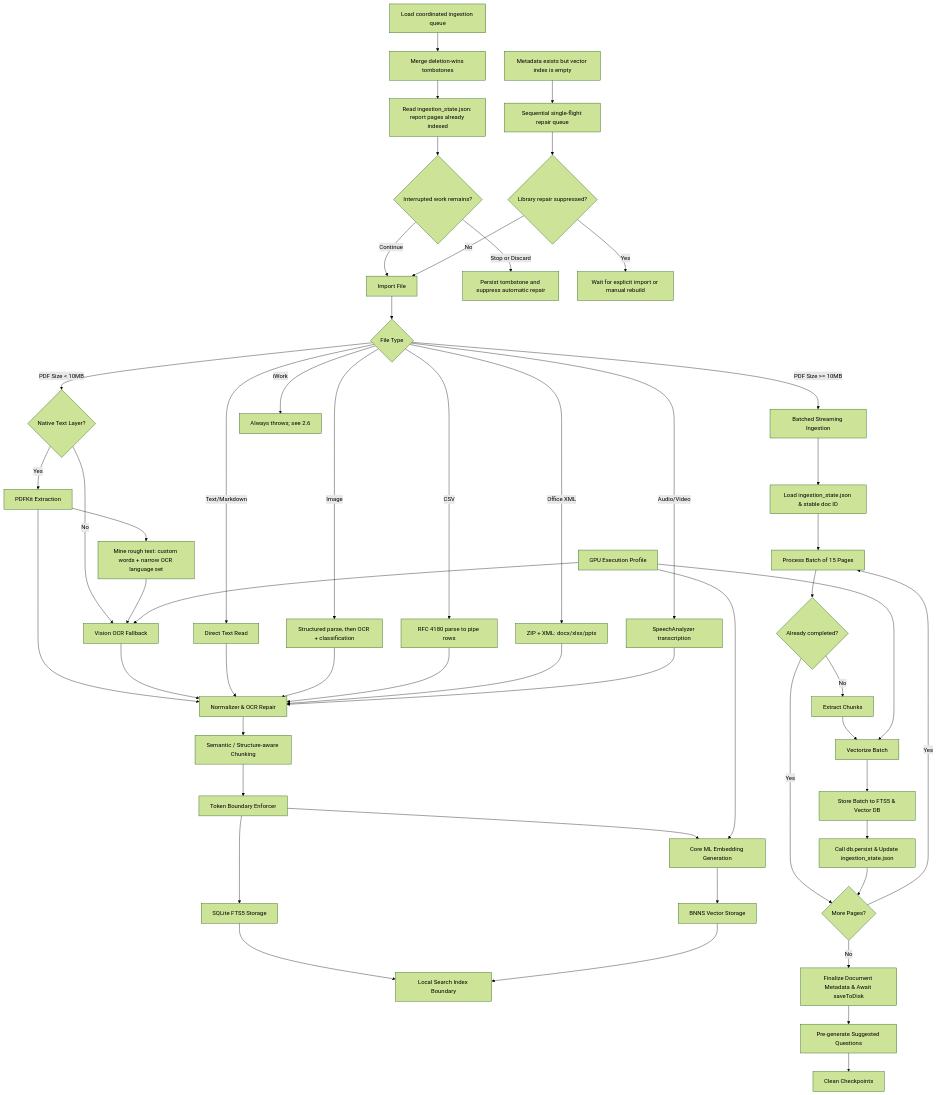
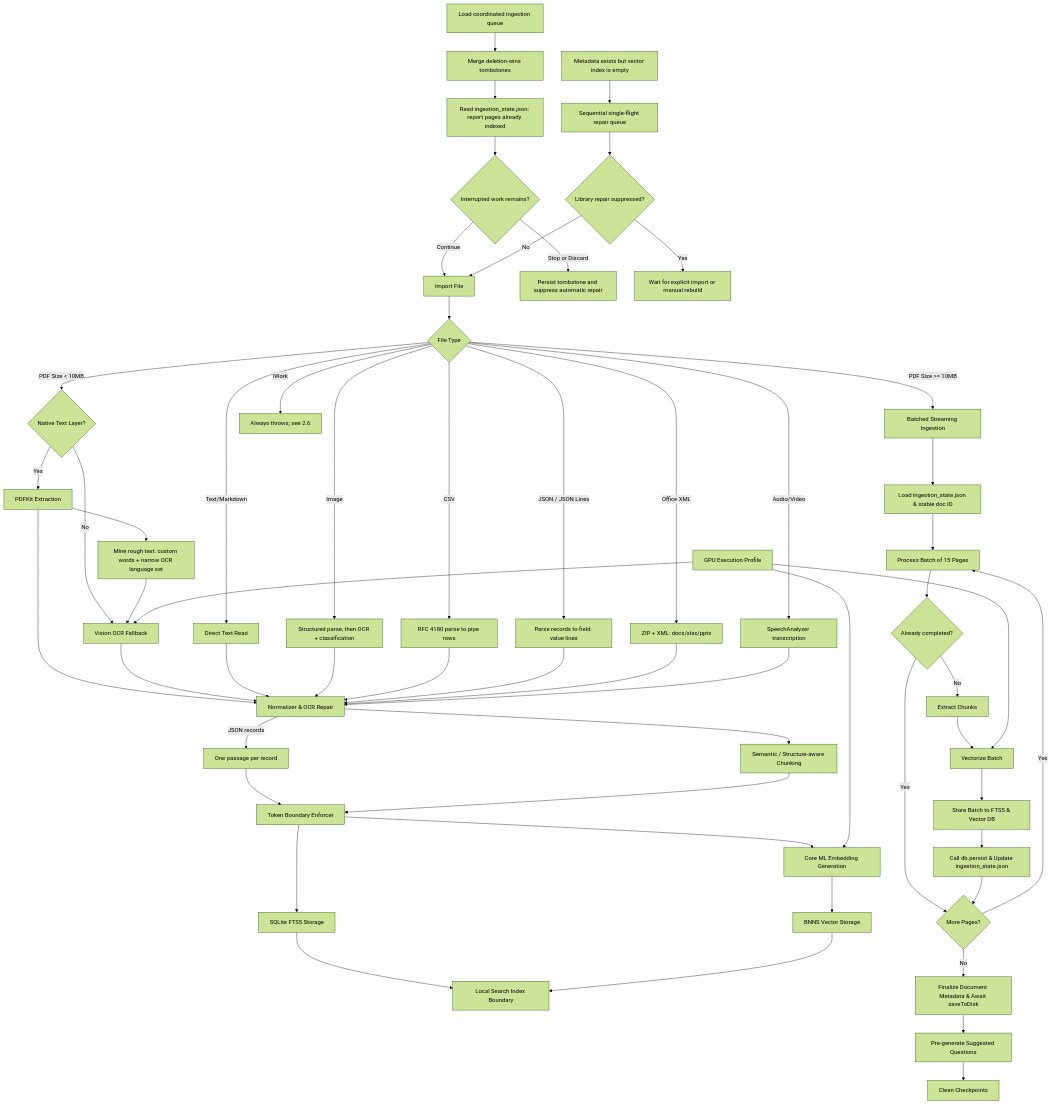
One commit to Gunnarguy/OpenIntelligence changed the diagram in Docs/INGESTION_PIPELINE.md. Above: the diagram before and after it, drawn with Mermaid (forest theme). The commit also changed other lines of this file and 80 other files, not shown here.

````diff
--- a/Docs/INGESTION_PIPELINE.md
+++ b/Docs/INGESTION_PIPELINE.md
@@ -17,56 +17,60 @@
 ```mermaid
 flowchart TD
     QLOAD[Load coordinated ingestion queue] --> QMERGE[Merge deletion-wins tombstones]
     QMERGE --> QRESTORE[Read ingestion_state.json: report pages already indexed]
     QRESTORE --> QDECIDE{Interrupted work remains?}
     QDECIDE -- Continue --> A
     QDECIDE -- Stop or Discard --> QTOMB[Persist tombstone and suppress automatic repair]
     EMPTY[Metadata exists but vector index is empty] --> SINGLE[Sequential single-flight repair queue]
     SINGLE --> SUPPRESSED{Library repair suppressed?}
     SUPPRESSED -- Yes --> WAIT[Wait for explicit import or manual rebuild]
     SUPPRESSED -- No --> A
     A[Import File] --> B{File Type}
     B -- PDF Size < 10MB --> C{Native Text Layer?}
     B -- PDF Size >= 10MB --> STREAM[Batched Streaming Ingestion]
     C -- Yes --> D[PDFKit Extraction]
     C -- No --> E[Vision OCR Fallback]
     D --> PRIME[Mine rough text: custom words + narrow OCR language set]
     PRIME --> E
     B -- Text/Markdown --> F[Direct Text Read]
     B -- Image --> IMG[Structured parse, then OCR + classification]
     B -- CSV --> CSVL[RFC 4180 parse to pipe rows]
+    B -- JSON / JSON Lines --> JSONR[Parse records to field: value lines]
     B -- Office XML --> OFF[ZIP + XML: docx/xlsx/pptx]
     B -- iWork --> IWORK[Always throws; see 2.6]
     B -- Audio/Video --> AV[SpeechAnalyzer transcription]
     D --> G[Normalizer & OCR Repair]
     E --> G
     F --> G
     IMG --> G
     CSVL --> G
+    JSONR --> G
     OFF --> G
     AV --> G
     G --> H[Semantic / Structure-aware Chunking]
+    G -- JSON records --> HREC[One passage per record]
+    HREC --> I
     H --> I[Token Boundary Enforcer]
     I --> J[SQLite FTS5 Storage]
     I --> K[Core ML Embedding Generation]
     PROFILE[GPU Execution Profile] --> E
     PROFILE --> K
     K --> L[BNNS Vector Storage]
     J --> LOCAL[Local Search Index Boundary]
     L --> LOCAL
     
     STREAM --> STATE[Load ingestion_state.json & stable doc ID]
     STATE --> S1[Process Batch of 15 Pages]
     S1 --> SKIP{Already completed?}
     SKIP -- Yes --> NEXT_BATCH{More Pages?}
     SKIP -- No --> S2[Extract Chunks]
     S2 --> S3[Vectorize Batch]
     PROFILE --> S3
     S3 --> S4[Store Batch to FTS5 & Vector DB]
     S4 --> S5[Call db.persist & Update ingestion_state.json]
     S5 --> NEXT_BATCH
     NEXT_BATCH -- Yes --> S1
     NEXT_BATCH -- No --> S6[Finalize Document Metadata & Await saveToDisk]
     S6 --> S7[Pre-generate Suggested Questions]
     S7 --> S8[Clean Checkpoints]
 ```
````
